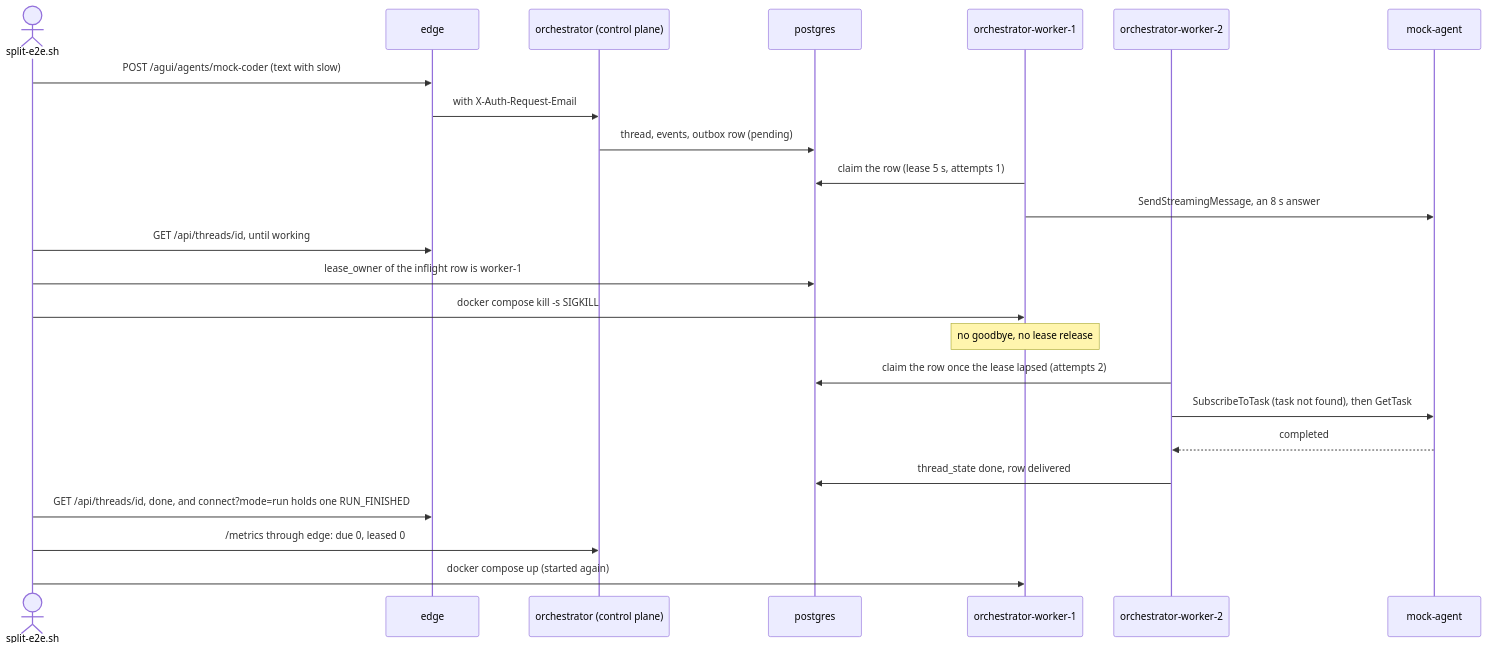
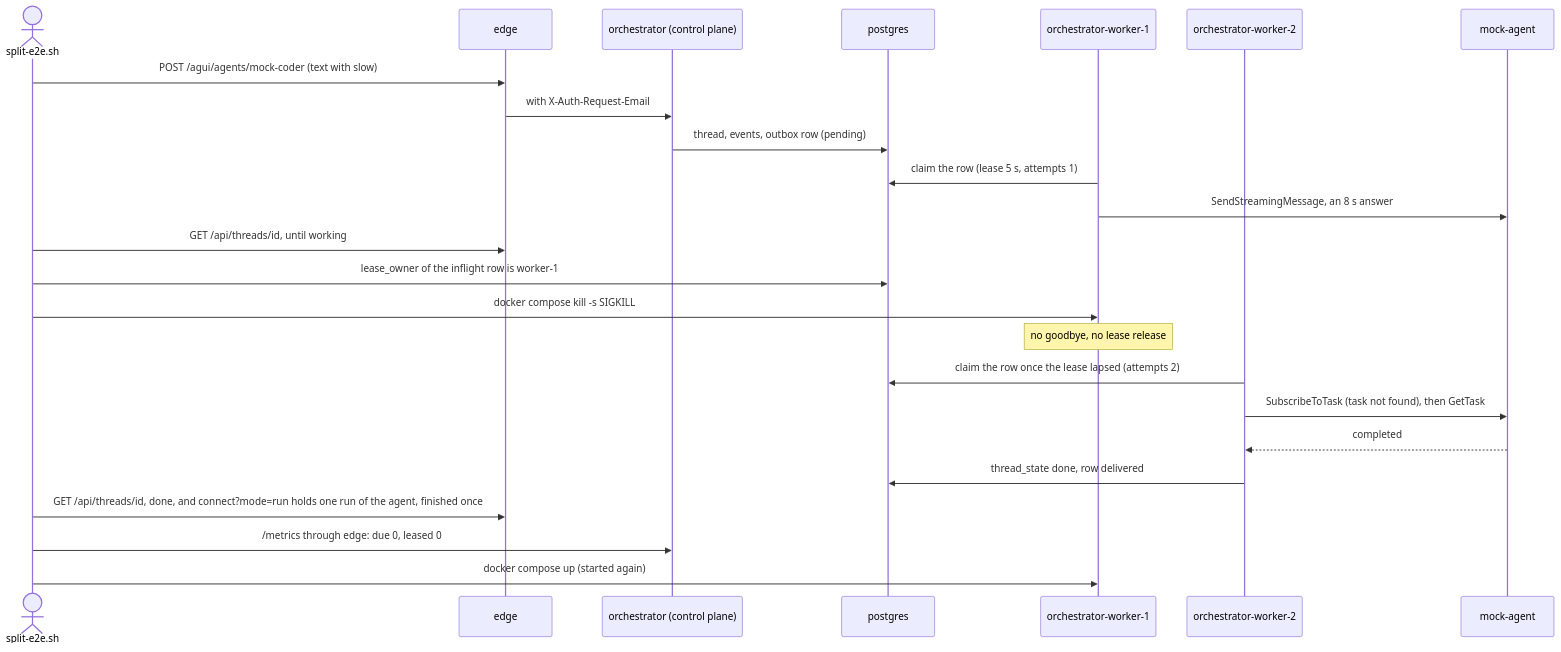
Before and after one commit to vymalo/another-agentic-system: diagram 12 of 23 in dev/README.md, drawn with Mermaid. The commit also changed other lines of this file and 119 other files, not shown here.

First line of the commit message:
feat: threads get a title, from a person or from the model (thread_titled) (#83)

````diff
--- a/dev/README.md
+++ b/dev/README.md
@@ -866,26 +884,26 @@
 ```mermaid
 sequenceDiagram
   actor U as split-e2e.sh
   participant E as edge
   participant C as orchestrator (control plane)
   participant P as postgres
   participant A as orchestrator-worker-1
   participant B as orchestrator-worker-2
   participant M as mock-agent
   U->>E: POST /agui/agents/mock-coder (text with slow)
   E->>C: with X-Auth-Request-Email
   C->>P: thread, events, outbox row (pending)
   A->>P: claim the row (lease 5 s, attempts 1)
   A->>M: SendStreamingMessage, an 8 s answer
   U->>E: GET /api/threads/id, until working
   U->>P: lease_owner of the inflight row is worker-1
   U->>A: docker compose kill -s SIGKILL
   Note over A: no goodbye, no lease release
   B->>P: claim the row once the lease lapsed (attempts 2)
   B->>M: SubscribeToTask (task not found), then GetTask
   M-->>B: completed
   B->>P: thread_state done, row delivered
-  U->>E: GET /api/threads/id, done, and connect?mode=run holds one RUN_FINISHED
+  U->>E: GET /api/threads/id, done, and connect?mode=run holds one run of the agent, finished once
   U->>C: /metrics through edge: due 0, leased 0
   U->>A: docker compose up (started again)
 ```
````
